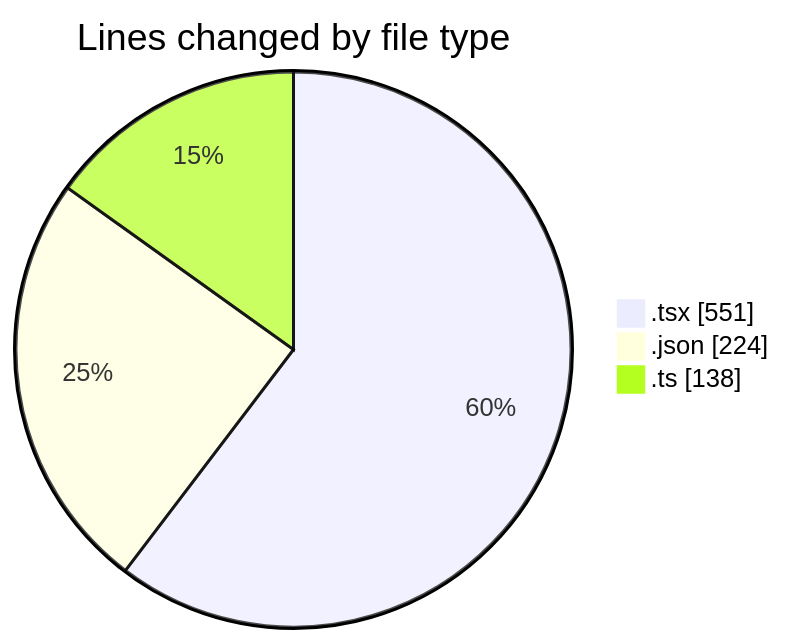
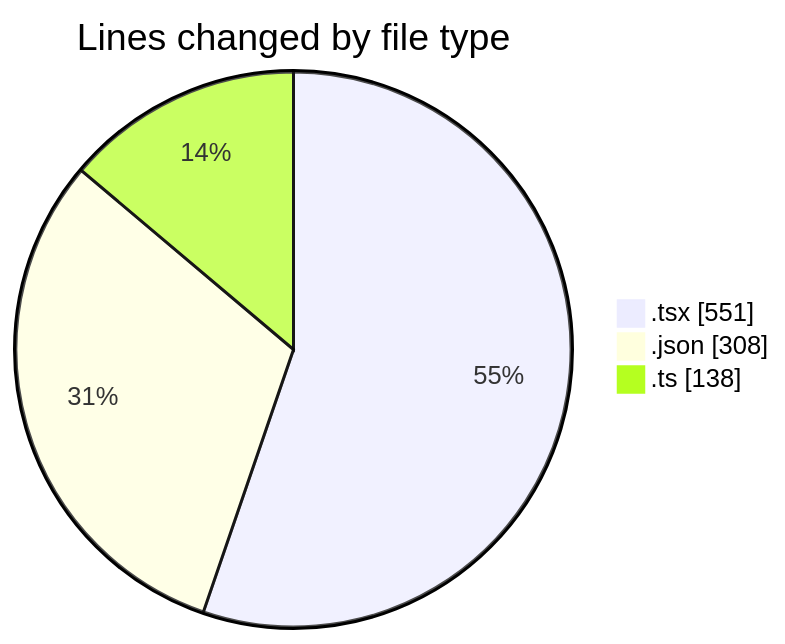
The first of 2 diagrams in 2025-04-30/niten/README.md (Elitesun/code-tracking), drawn with Mermaid before and after one commit. The commit also changed other lines of this file and 1 other file, not shown here.

````diff
--- a/2025-04-30/niten/README.md
+++ b/2025-04-30/niten/README.md
@@ -38,7 +39,7 @@
 ```mermaid
 pie showData
 title Lines changed by file type
 ".tsx" : 551
-".json" : 224
+".json" : 308
 ".ts" : 138
 ```
````
